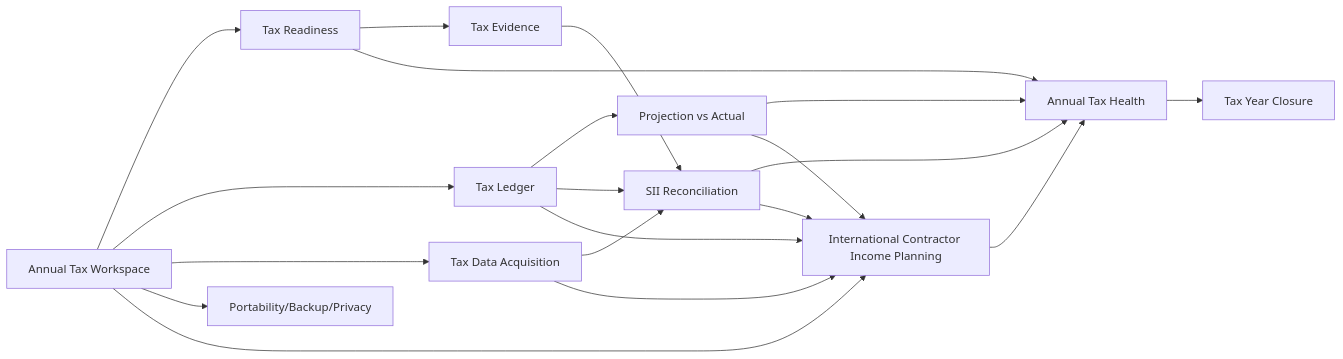
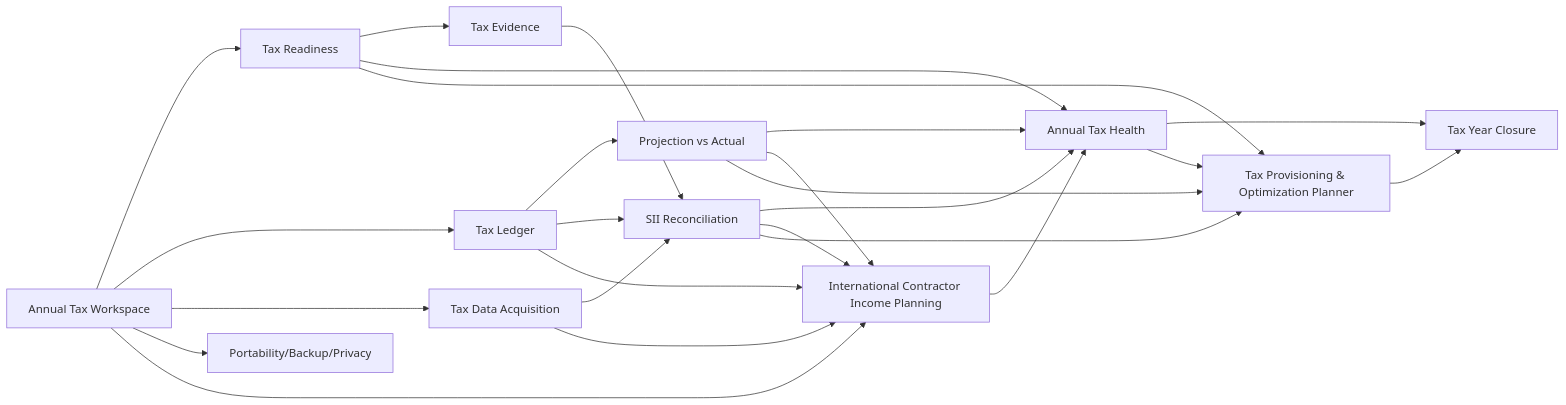
The diagram in docs/backlog/tax-management-expansion.md (adumun/personal-tax-ledger), drawn with Mermaid before and after one commit. The commit also changed other lines of this file, not shown here.

Commit message:
docs(backlog): add tax provisioning and optimization planner

````diff
--- a/docs/backlog/tax-management-expansion.md
+++ b/docs/backlog/tax-management-expansion.md
@@ -61,23 +81,29 @@
 ```mermaid
 flowchart LR
   W[Annual Tax Workspace] --> R[Tax Readiness]
   W --> L[Tax Ledger]
   W --> A[Tax Data Acquisition]
   R --> E[Tax Evidence]
   L --> P[Projection vs Actual]
   A --> C[SII Reconciliation]
   E --> C
   L --> C
   C --> H[Annual Tax Health]
   P --> H
   R --> H
   H --> Y[Tax Year Closure]
   W --> B[Portability/Backup/Privacy]
 
   W --> IC[International Contractor Income Planning]
   L --> IC
   P --> IC
   A --> IC
   C --> IC
   IC --> H
+
+  H --> O[Tax Provisioning & Optimization Planner]
+  P --> O
+  C --> O
+  R --> O
+  O --> Y
 ```
````
